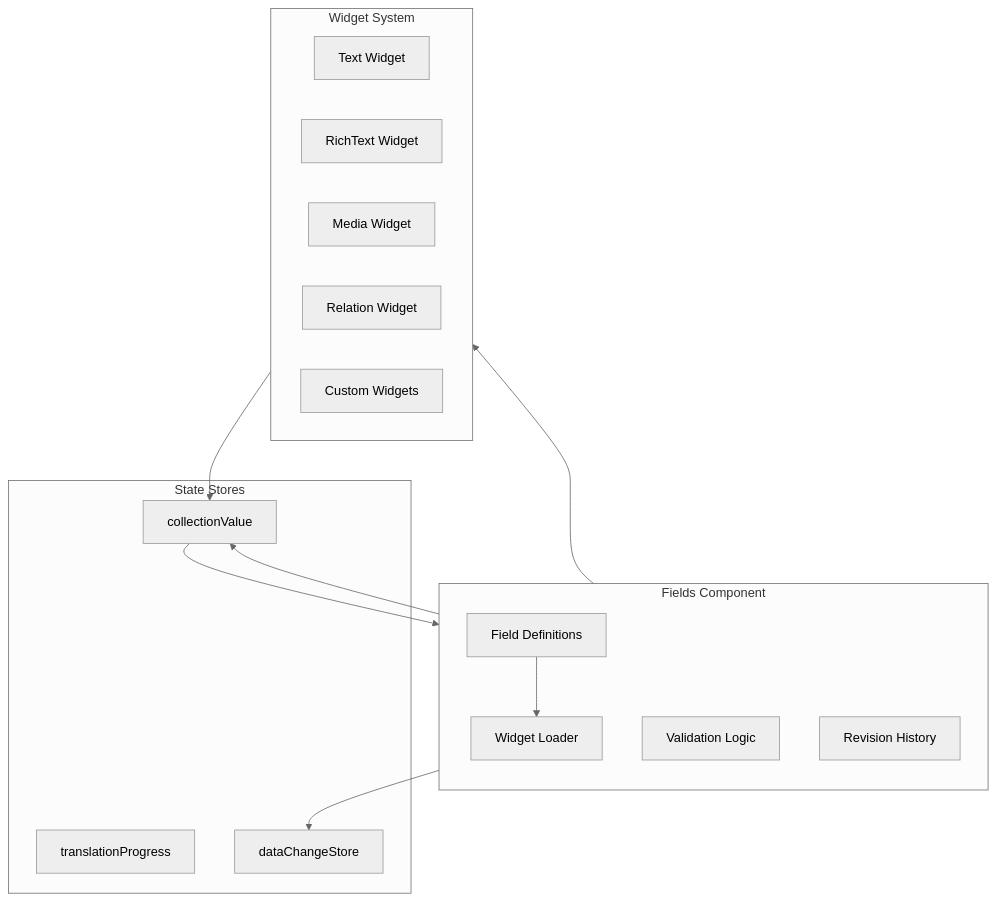
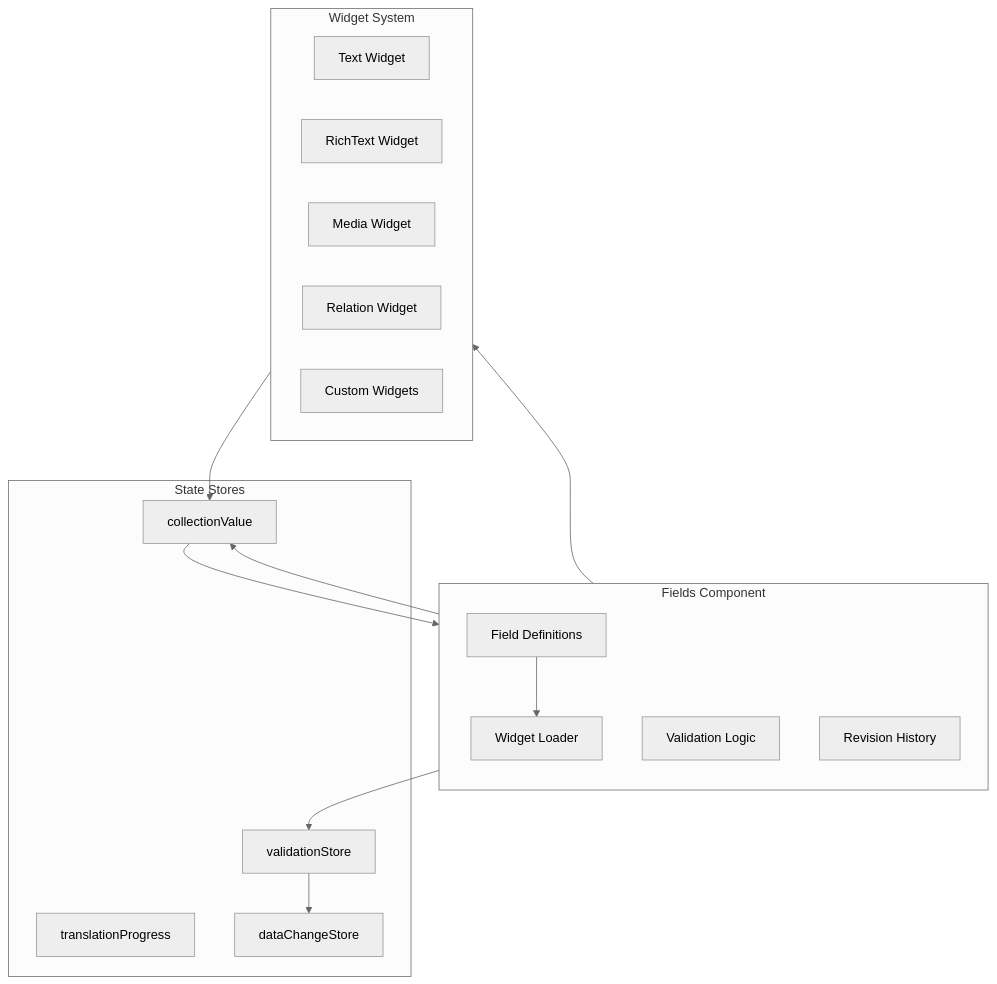
The second of 6 diagrams in docs/architecture/components/Fields.mdx (SveltyCMS/SveltyCMS), drawn with Mermaid (neutral theme) before and after one commit. The commit also changed other lines of this file and 67 other files, not shown here.

````diff
--- a/docs/architecture/components/Fields.mdx
+++ b/docs/architecture/components/Fields.mdx
@@ -26,31 +82,33 @@
 ```mermaid
 flowchart TB
     subgraph Fields["Fields Component"]
         direction TB
         FD[Field Definitions]
         WL[Widget Loader]
         VL[Validation Logic]
         RH[Revision History]
     end
 
     subgraph Widgets["Widget System"]
         TW[Text Widget]
         RTW[RichText Widget]
         MW[Media Widget]
         RW[Relation Widget]
         CW[Custom Widgets]
     end
 
     subgraph Stores["State Stores"]
         CV[collectionValue]
+        VS[validationStore]
         TP[translationProgress]
         DC[dataChangeStore]
     end
 
     FD --> WL
     WL --> Widgets
     Widgets --> CV
     CV --> VL
-    VL --> DC
+    VL --> VS
+    VS --> DC
     RH --> CV
 ```
````
